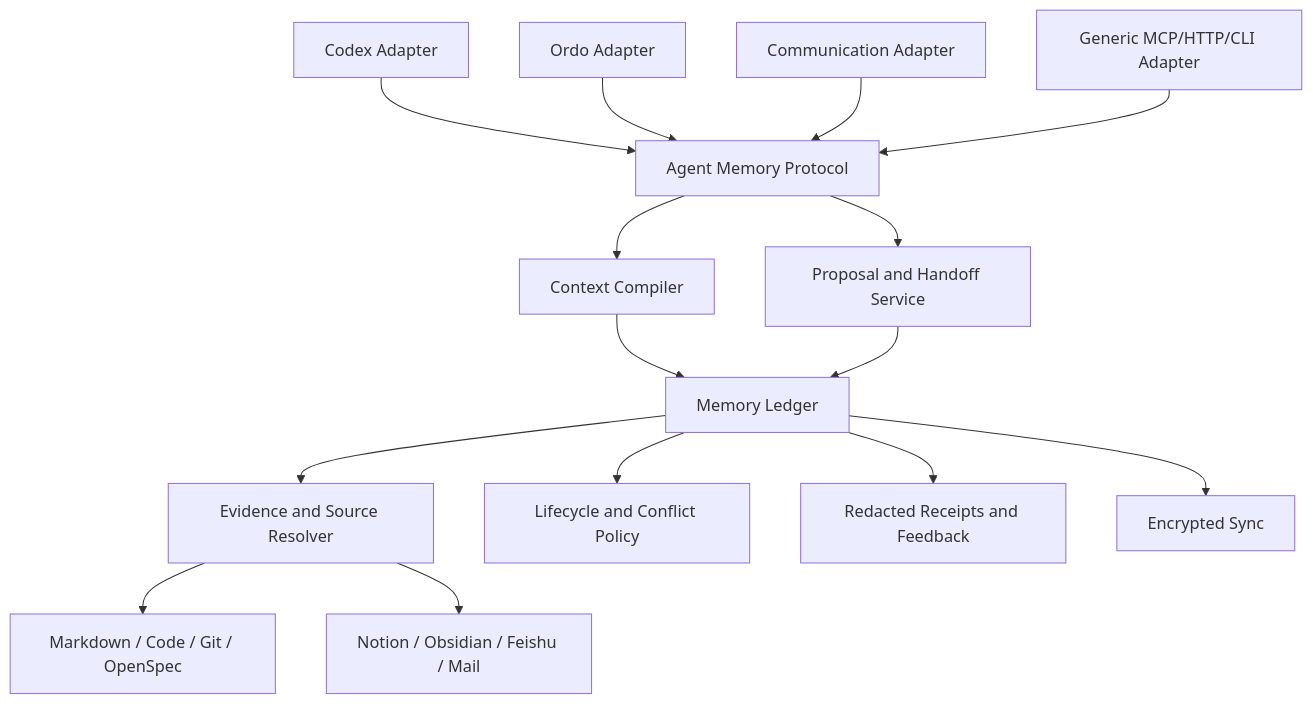
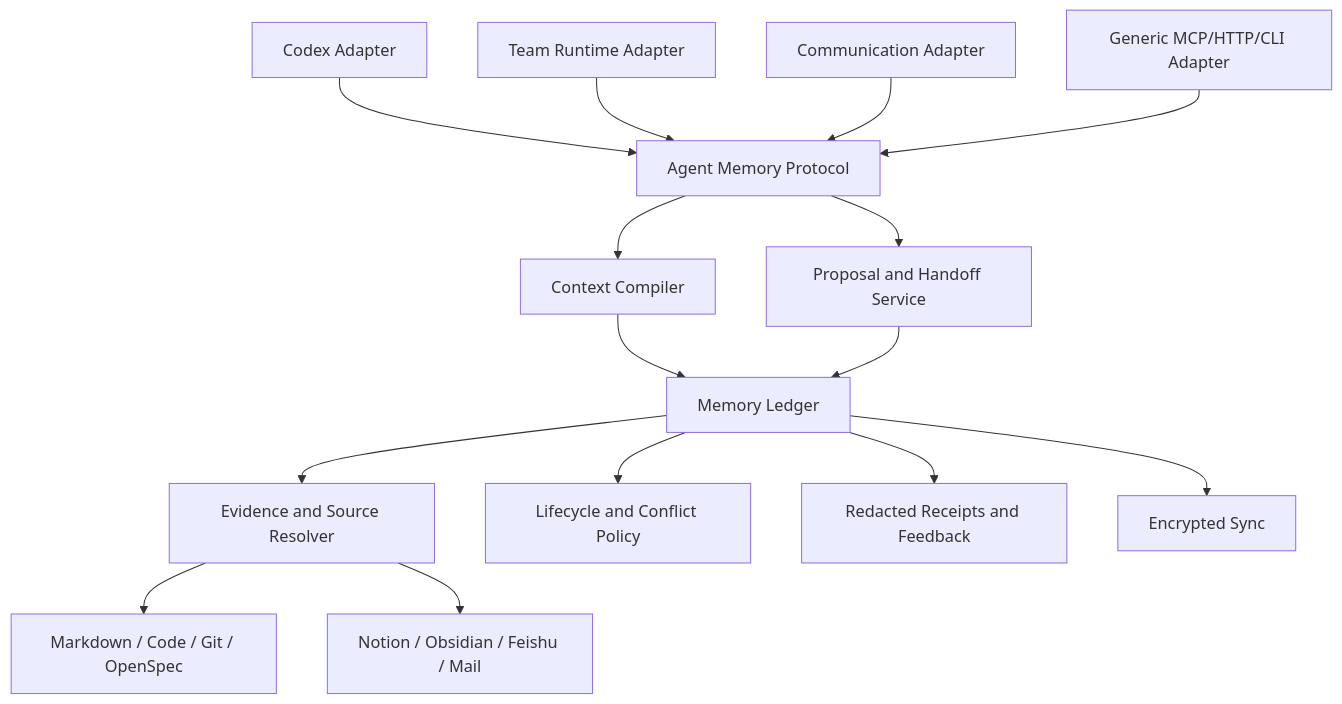
One commit to yeisme/pinax changed the first of 2 diagrams in docs/product/general-agent-memory-prd.md. Above: the diagram before and after it, drawn with Mermaid. The commit also changed other lines of this file and 21 other files, not shown here.

Commit message:
retire ordo: rename reference adapter fixture to team-runtime and neutralize docs/spec references

````diff
--- a/docs/product/general-agent-memory-prd.md
+++ b/docs/product/general-agent-memory-prd.md
@@ -84,21 +84,21 @@
 ```mermaid
 flowchart TD
   A1[Codex Adapter]
-  A2[Ordo Adapter]
+  A2[Team Runtime Adapter]
   A3[Communication Adapter]
   A4[Generic MCP/HTTP/CLI Adapter]
   A1 --> P[Agent Memory Protocol]
   A2 --> P
   A3 --> P
   A4 --> P
   P --> C[Context Compiler]
   P --> W[Proposal and Handoff Service]
   C --> L[Memory Ledger]
   W --> L
   L --> E[Evidence and Source Resolver]
   E --> S1[Markdown / Code / Git / OpenSpec]
   E --> S2[Notion / Obsidian / Feishu / Mail]
   L --> Y[Lifecycle and Conflict Policy]
   L --> R[Redacted Receipts and Feedback]
   L --> X[Encrypted Sync]
 ```
````
